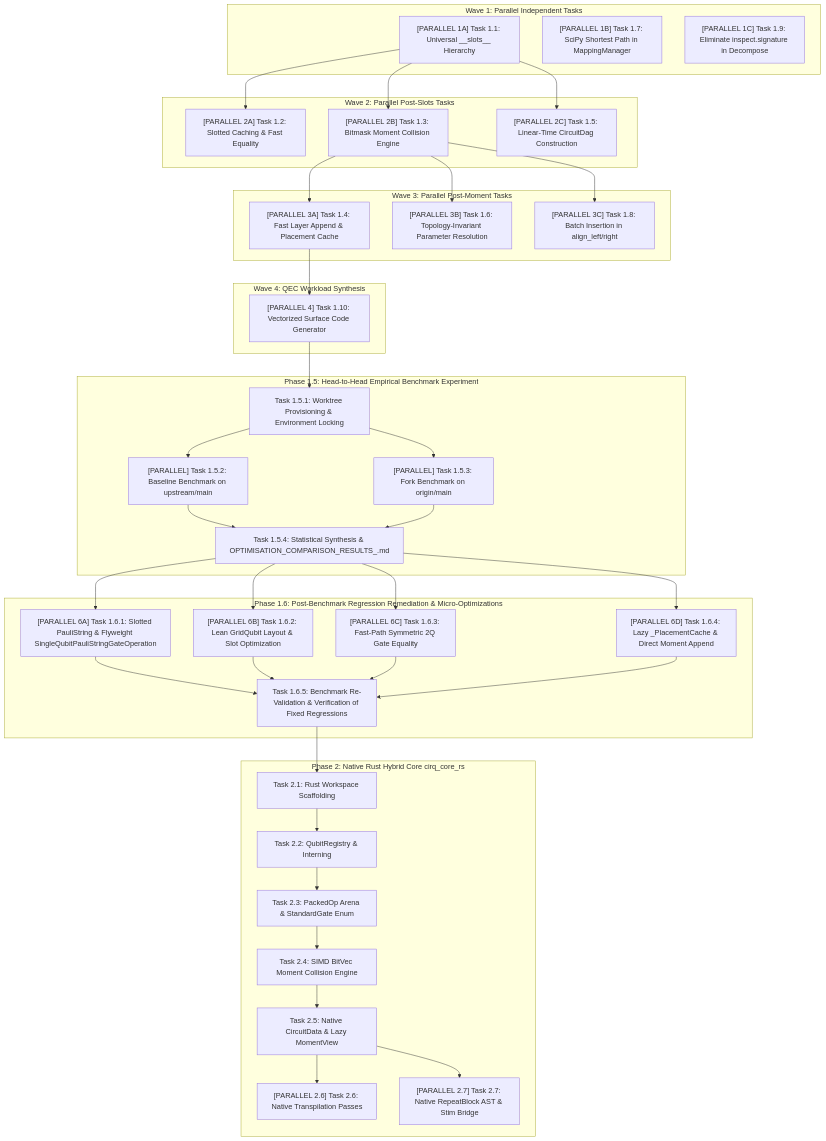
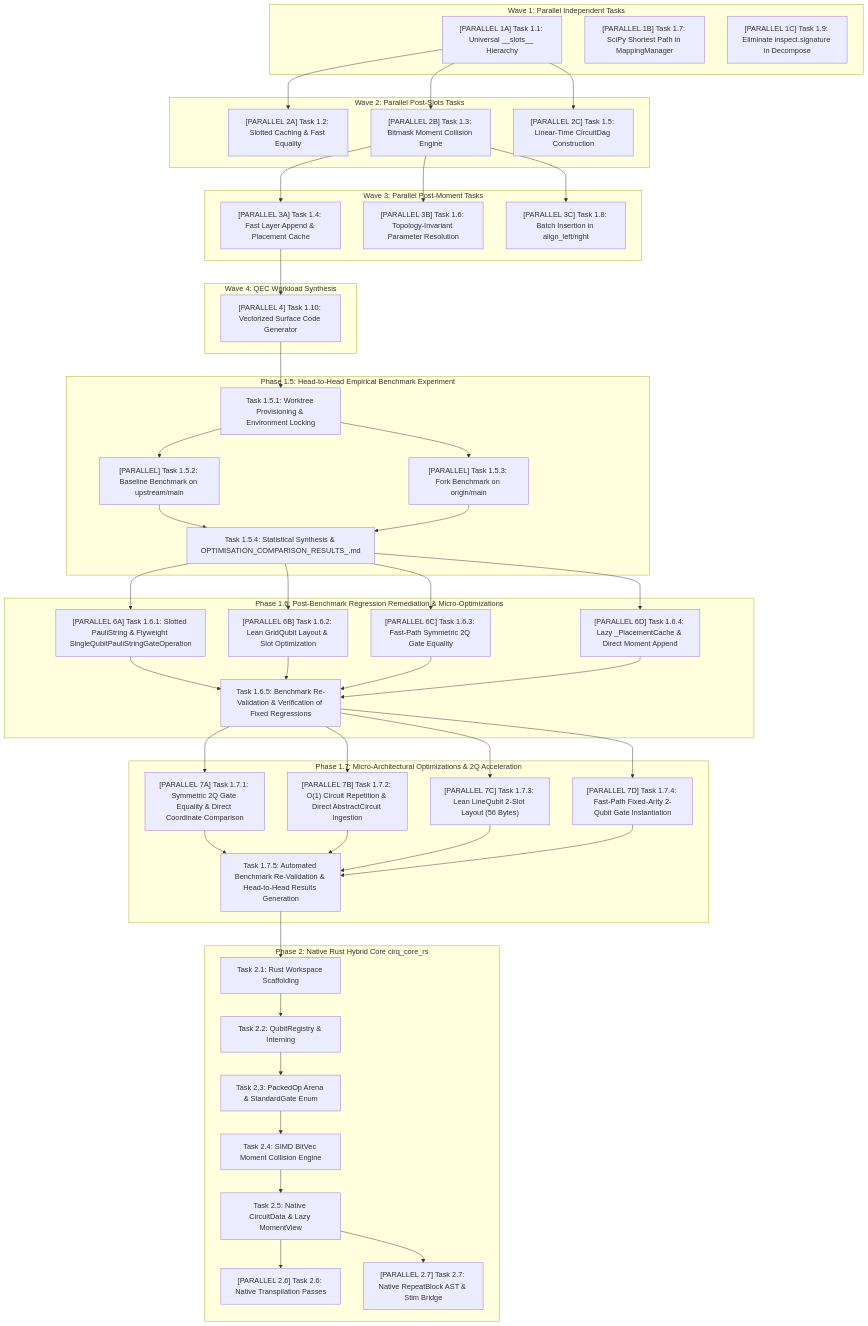
One commit to akushnarov/Cirq changed the diagram in TASKS.md. Above: the diagram before and after it, drawn with Mermaid. The commit also changed other lines of this file and 3 other files, not shown here.

Commit message:
docs(tasks): formalize Phase 1.7 micro-architectural optimizations and task specifications

````diff
--- a/TASKS.md
+++ b/TASKS.md
@@ -221,6 +226,23 @@
     T1_6_3 --> T1_6_5
     T1_6_4 --> T1_6_5
 
+    subgraph "Phase 1.7: Micro-Architectural Optimizations & 2Q Acceleration"
+        T1_7_1["[PARALLEL 7A] Task 1.7.1: Symmetric 2Q Gate Equality & Direct Coordinate Comparison"]
+        T1_7_2["[PARALLEL 7B] Task 1.7.2: O(1) Circuit Repetition & Direct AbstractCircuit Ingestion"]
+        T1_7_3["[PARALLEL 7C] Task 1.7.3: Lean LineQubit 2-Slot Layout (56 Bytes)"]
+        T1_7_4["[PARALLEL 7D] Task 1.7.4: Fast-Path Fixed-Arity 2-Qubit Gate Instantiation"]
+        T1_7_5["Task 1.7.5: Automated Benchmark Re-Validation & Head-to-Head Results Generation"]
+    end
+
+    T1_6_5 --> T1_7_1
+    T1_6_5 --> T1_7_2
+    T1_6_5 --> T1_7_3
+    T1_6_5 --> T1_7_4
+    T1_7_1 --> T1_7_5
+    T1_7_2 --> T1_7_5
+    T1_7_3 --> T1_7_5
+    T1_7_4 --> T1_7_5
+
     subgraph "Phase 2: Native Rust Hybrid Core cirq_core_rs"
         T2_1[Task 2.1: Rust Workspace Scaffolding] --> T2_2[Task 2.2: QubitRegistry & Interning]
         T2_2 --> T2_3[Task 2.3: PackedOp Arena & StandardGate Enum]
@@ -230,5 +252,5 @@
         T2_5 --> T2_7["[PARALLEL 2.7] Task 2.7: Native RepeatBlock AST & Stim Bridge"]
     end
 
-    T1_6_5 --> T2_1
+    T1_7_5 --> T2_1
 ```
````
